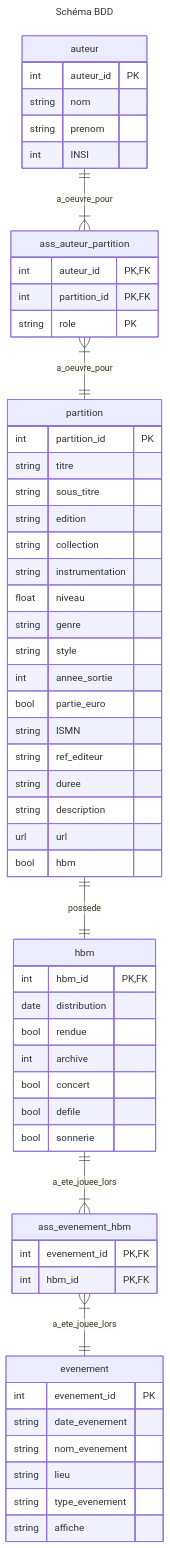
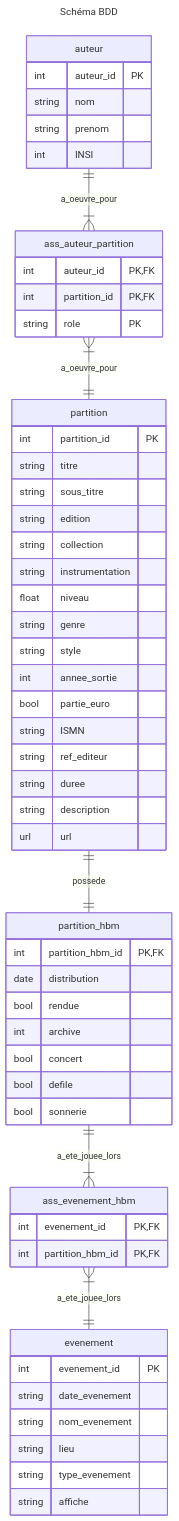
Before and after one commit to StephParc/certification: the diagram in E4/schema.md, drawn with Mermaid. The commit also changed 15 other files, not shown here.

````diff
--- a/E4/schema.md
+++ b/E4/schema.md
@@ -1,66 +1,65 @@
 ```mermaid
 ---
 title: Schéma BDD
 ---
 
 erDiagram
 
     auteur {
         int auteur_id PK
         string nom
         string prenom
         int INSI
     }
     partition{
         int partition_id PK
         string titre
         string sous_titre
         string edition
         string collection
         string instrumentation
         float niveau
         string genre
         string style
         int annee_sortie
         bool partie_euro
         string ISMN
         string ref_editeur
         string duree
         string description
         url url
-        bool hbm
     }
-    hbm {
-        int hbm_id PK, FK
+    partition_hbm {
+        int partition_hbm_id PK, FK
         date distribution
         bool rendue
         int archive
         bool concert
         bool defile
         bool sonnerie 
     }
     evenement {
         int evenement_id PK
         string date_evenement
         string nom_evenement
         string lieu
         string type_evenement
         string affiche
     }
     ass_auteur_partition {
         int auteur_id PK, FK
         int partition_id PK, FK
         string role PK
     }
     ass_evenement_hbm {
         int evenement_id PK, FK
-        int hbm_id PK, FK
+        int partition_hbm_id PK, FK
     }
 
     auteur ||--|{ ass_auteur_partition : a_oeuvre_pour
     ass_auteur_partition }|--|| partition : a_oeuvre_pour
-    hbm ||--|{ ass_evenement_hbm : a_ete_jouee_lors
+    partition_hbm ||--|{ ass_evenement_hbm : a_ete_jouee_lors
     ass_evenement_hbm }|--|| evenement : a_ete_jouee_lors
-    partition ||--|| hbm : possede
+    partition ||--|| partition_hbm : possede
 
 ``` 
````
